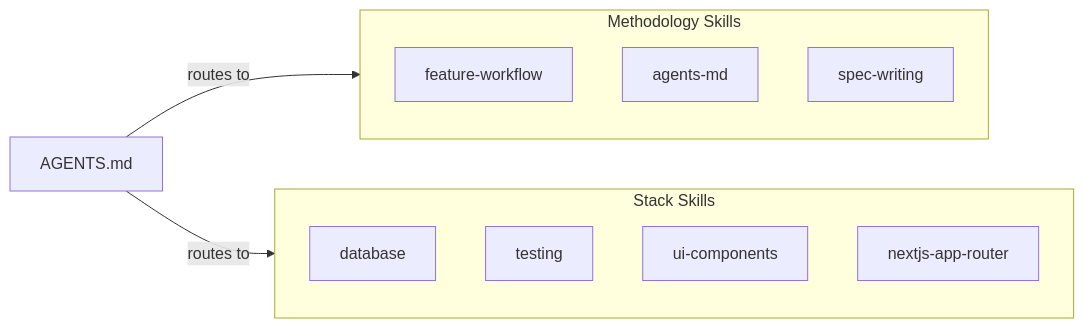
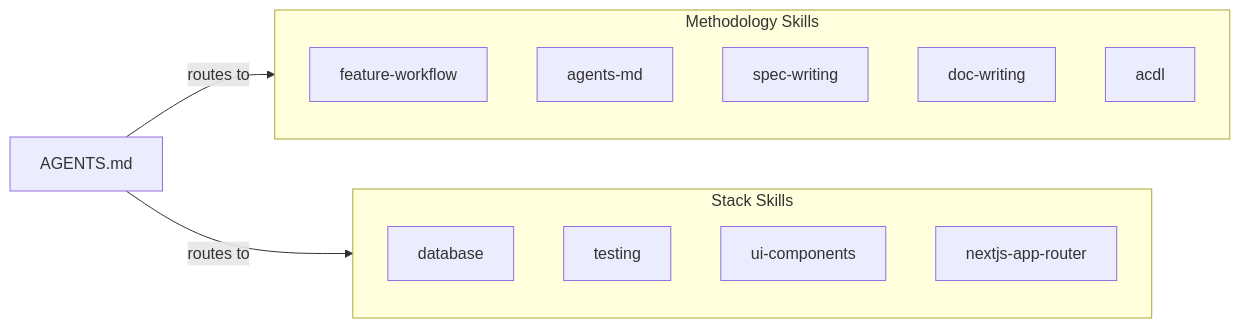
The first of 2 diagrams in content/guides/skills-catalog.md (SergiuSavva/ai-context-docs-lifecycle), drawn with Mermaid before and after one commit. The commit also changed other lines of this file and 60 other files, not shown here.

````diff
--- a/content/guides/skills-catalog.md
+++ b/content/guides/skills-catalog.md
@@ -9,18 +9,20 @@
 ```mermaid
 flowchart LR
     subgraph methodology [Methodology Skills]
         FW["feature-workflow"]
         AM["agents-md"]
         SW["spec-writing"]
+        DW["doc-writing"]
+        AC["acdl"]
     end
 
     subgraph stack [Stack Skills]
         DB["database"]
         TS["testing"]
         UI["ui-components"]
         NX["nextjs-app-router"]
     end
 
     AGENTS["AGENTS.md"] -->|"routes to"| methodology
     AGENTS -->|"routes to"| stack
 ```
````
